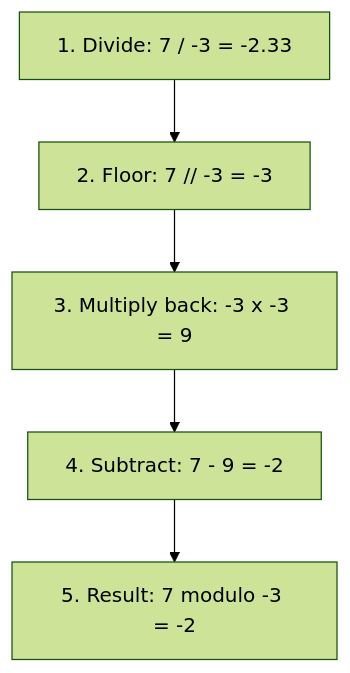
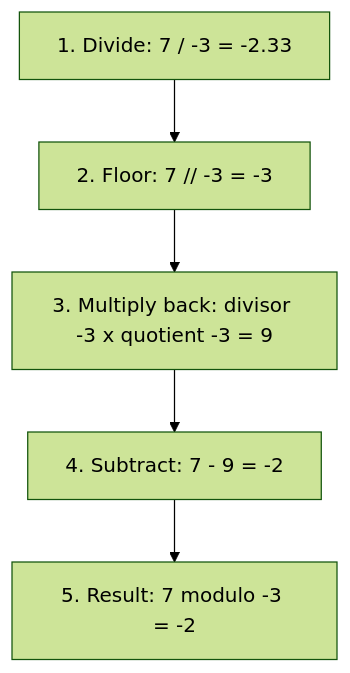
One commit to ag999git/001-mkdocs changed the fifth of 6 diagrams in docs/03-operators/001-ch3-qa.md. Above: the diagram before and after it, drawn with Mermaid (forest theme). The commit also changed other lines of this file, not shown here.

````diff
--- a/docs/03-operators/001-ch3-qa.md
+++ b/docs/03-operators/001-ch3-qa.md
@@ -502,7 +510,7 @@
 ```mermaid
 flowchart TD
     A["1. Divide: 7 / -3 = -2.33"] --> B["2. Floor: 7 // -3 = -3"]
-    B --> C["3. Multiply back: -3 x -3 = 9"]
+    B --> C["3. Multiply back: divisor -3 x quotient -3 = 9"]
     C --> D["4. Subtract: 7 - 9 = -2"]
     D --> E["5. Result: 7 modulo -3 = -2"]
 ```
````
